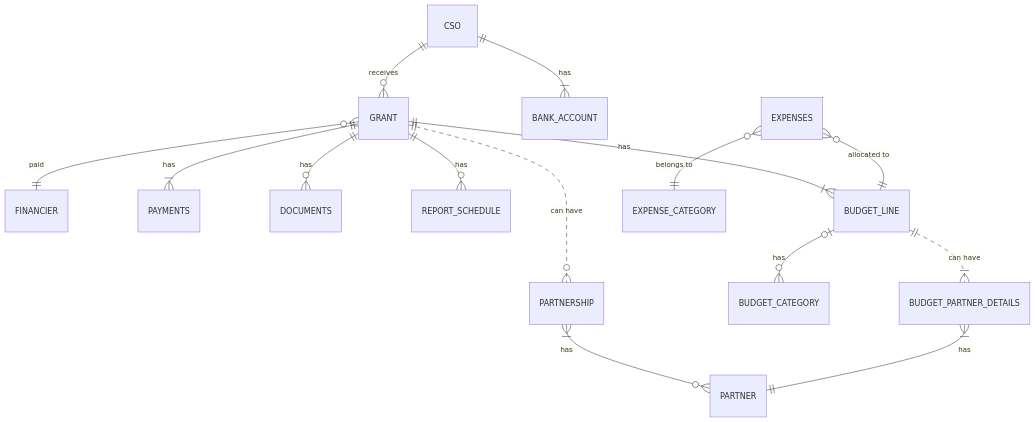
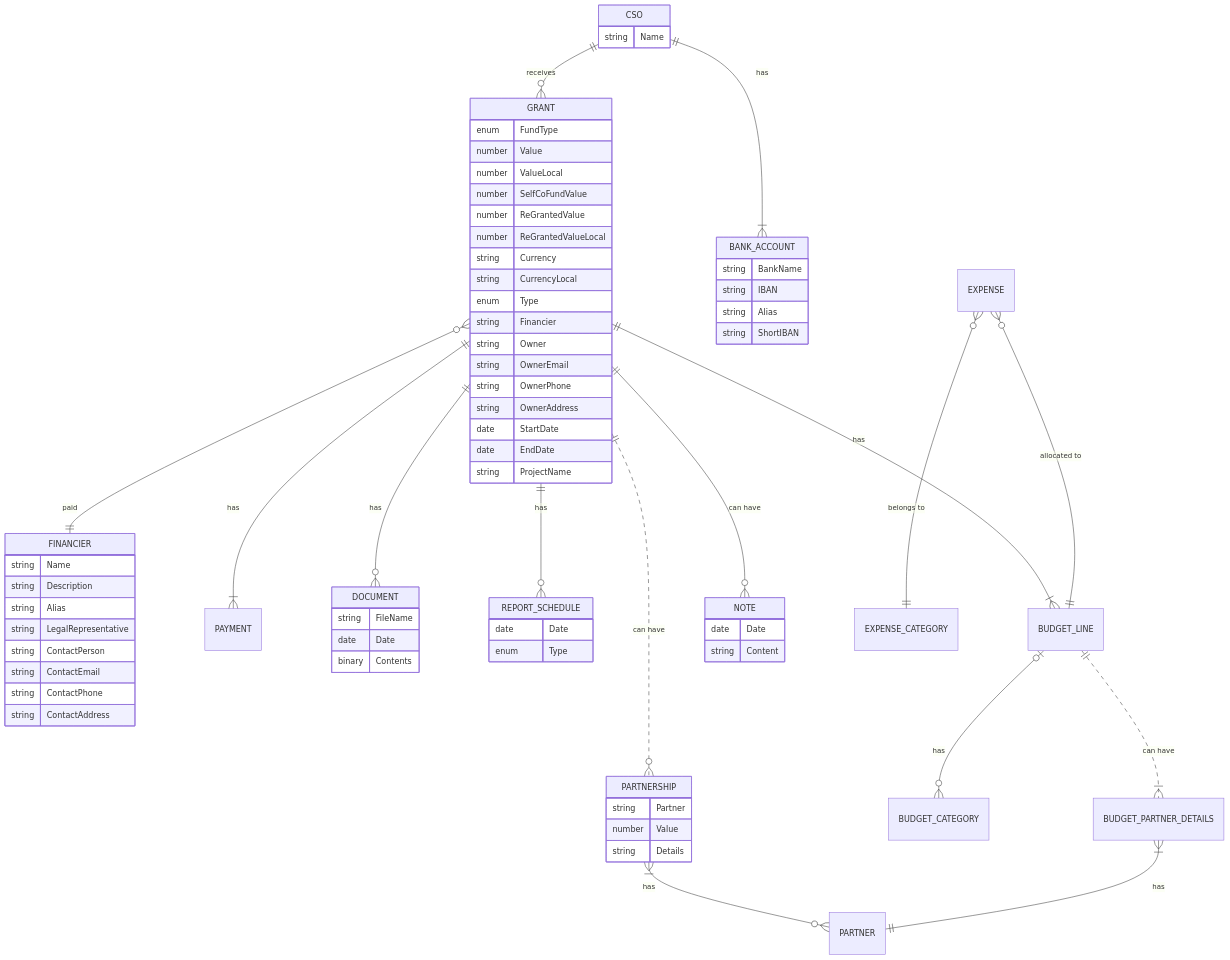
The first of 2 diagrams in docs/er.diagram.md (code4romania/alex-api), drawn with Mermaid before and after one commit.

Commit message:
Updated wip ER diagram entities with fields based on previous discussions and temporary notes in the product document.

````diff
--- a/docs/er.diagram.md
+++ b/docs/er.diagram.md
@@ -3,26 +3,88 @@
 ```mermaid
 erDiagram
-    CSO ||--o{ GRANT : receives
-    CSO ||--|{ BANK_ACCOUNT : has
-    
-    
+  CSO ||--o{ GRANT : receives
+  CSO ||--|{ BANK_ACCOUNT : has
+  
+  GRANT }o--|| FINANCIER : paid
+  GRANT ||..o{ PARTNERSHIP : "can have"
+  GRANT ||--|{ PAYMENT : has
+  GRANT ||--o{ DOCUMENT : has
+  GRANT ||--o{ REPORT_SCHEDULE : has
+  GRANT ||--|{ BUDGET_LINE : has
+  GRANT ||--o{ NOTE : "can have"
+  
 
-    GRANT }o--|| FINANCIER : paid
-    GRANT ||..o{ PARTNERSHIP : "can have"
-    GRANT ||--|{ PAYMENTS : has
-    GRANT ||--o{ DOCUMENTS : has
-    GRANT ||--o{ REPORT_SCHEDULE : has
-    GRANT ||--|{ BUDGET_LINE : has
-    
+  BUDGET_LINE |o--o{ BUDGET_CATEGORY : has
+  BUDGET_LINE ||..|{ BUDGET_PARTNER_DETAILS : "can have"
 
-    BUDGET_LINE |o--o{ BUDGET_CATEGORY : has
-    BUDGET_LINE ||..|{ BUDGET_PARTNER_DETAILS : "can have"
+  EXPENSE }o--|| EXPENSE_CATEGORY : "belongs to"
+  EXPENSE }o--|| BUDGET_LINE : "allocated to"
 
-    EXPENSES }o--|| EXPENSE_CATEGORY : "belongs to"
-    EXPENSES }o--|| BUDGET_LINE : "allocated to"
+  PARTNERSHIP }|--o{ PARTNER : has
+  BUDGET_PARTNER_DETAILS }|--|| PARTNER : has
+  
+  CSO {
+    string    Name
+  }
 
-    PARTNERSHIP }|--o{ PARTNER : has
-    BUDGET_PARTNER_DETAILS }|--|| PARTNER : has
-    
+  BANK_ACCOUNT {
+      string BankName
+      string IBAN
+      string Alias
+      string ShortIBAN
+  }
+
+  FINANCIER {
+    string    Name
+    string    Description
+    string    Alias
+    string    LegalRepresentative
+    string    ContactPerson
+    string    ContactEmail
+    string    ContactPhone
+    string    ContactAddress
+  }
+
+  GRANT {
+    enum      FundType
+    number    Value
+    number    ValueLocal
+    number    SelfCoFundValue
+    number    ReGrantedValue
+    number    ReGrantedValueLocal
+    string    Currency
+    string    CurrencyLocal
+    enum      Type
+    string    Financier
+    string    Owner
+    string    OwnerEmail
+    string    OwnerPhone
+    string    OwnerAddress
+    date      StartDate
+    date      EndDate
+    string    ProjectName
+  }
+
+  PARTNERSHIP {
+    string    Partner
+    number    Value
+    string    Details
+  }
+
+  REPORT_SCHEDULE {
+    date      Date
+    enum      Type
+  }
+
+  DOCUMENT {
+    string    FileName
+    date      Date
+    binary    Contents
+  }
+
+  NOTE {
+    date      Date
+    string    Content
+  }
 
 ```
````
